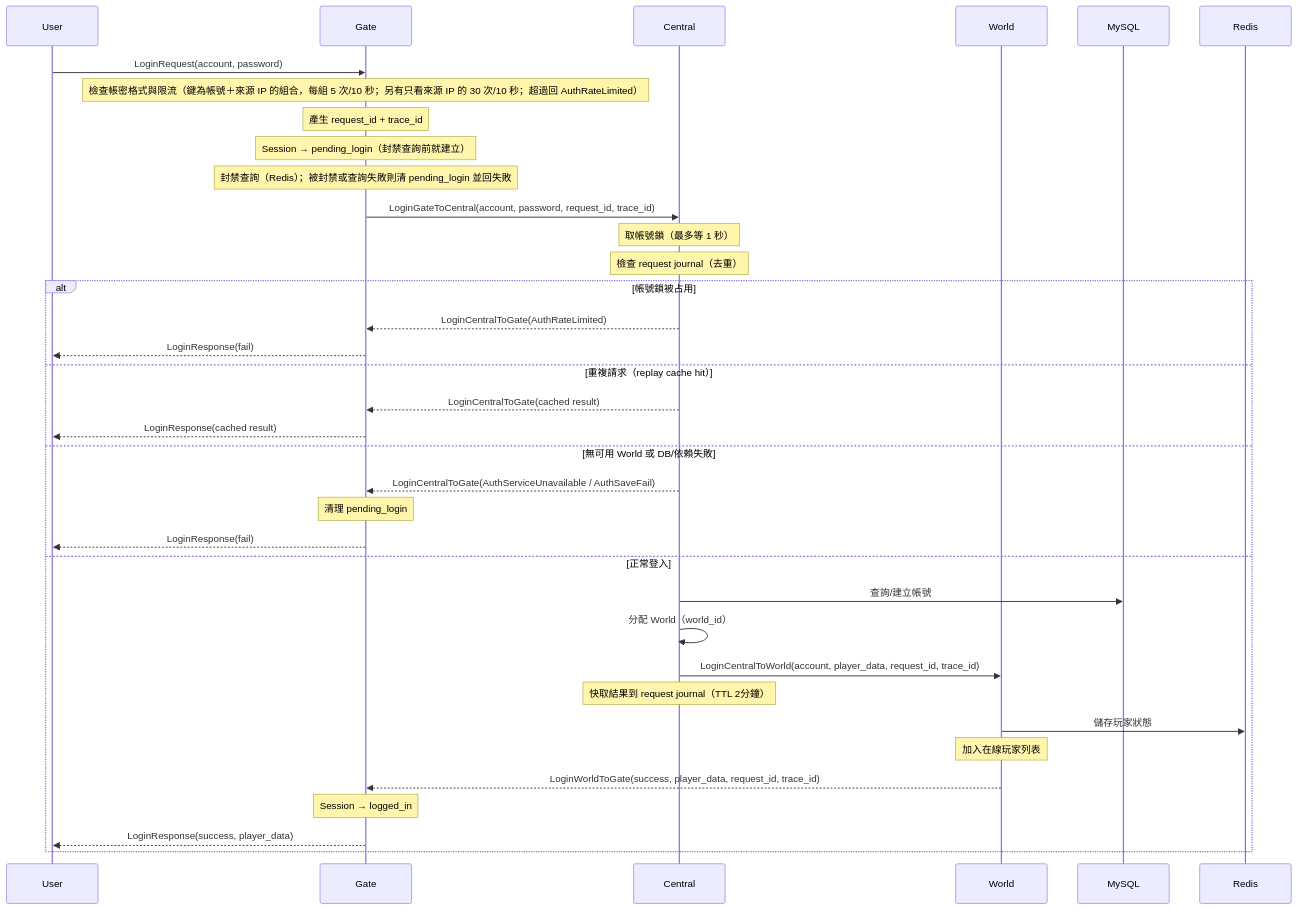
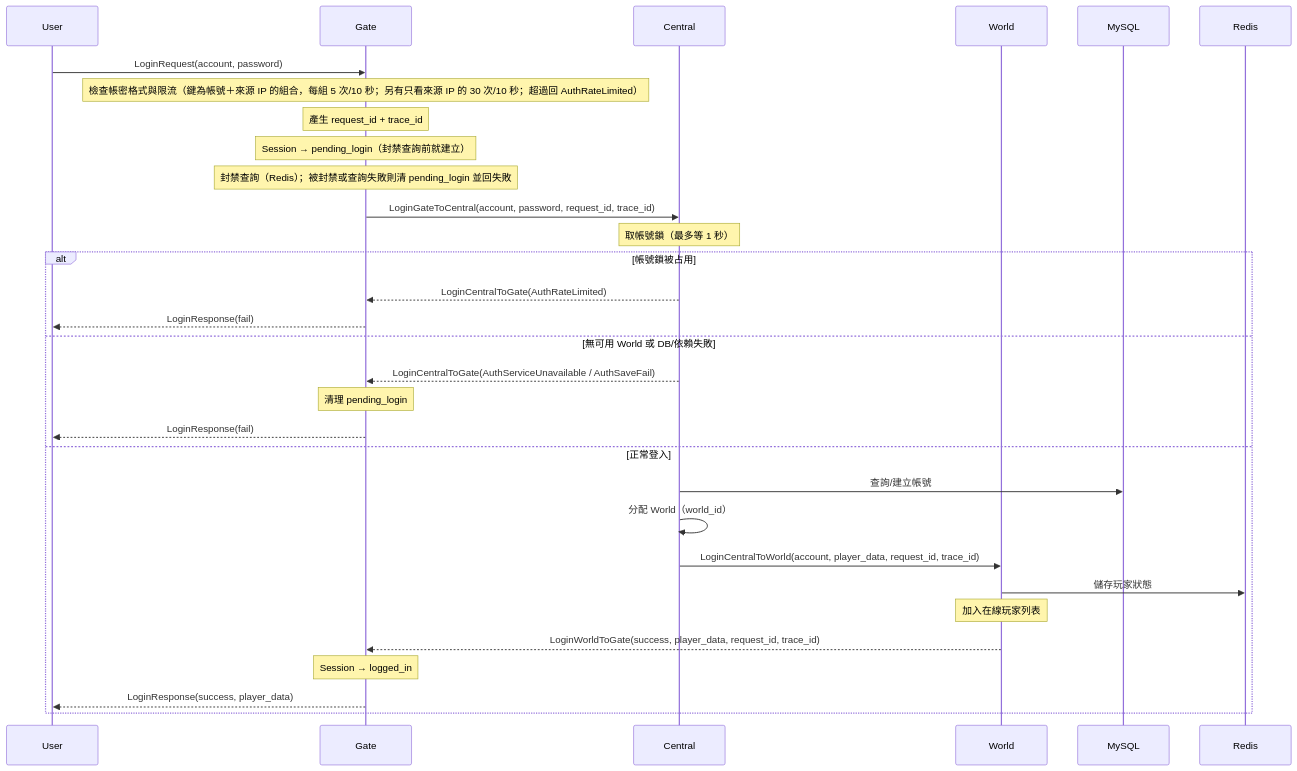
One commit to koebel0521/docs changed the first of 7 diagrams in 10-核心流程/時序圖.md. Above: the diagram before and after it, drawn with Mermaid. The commit also changed other lines of this file and 18 other files, not shown here.

First line of the commit message:
docs: 登入登出 journal 與回放、Gate 恢復驗證 journal 與 ServiceUnavailable 語意已刪

````diff
--- a/10-核心流程/時序圖.md
+++ b/10-核心流程/時序圖.md
@@ -10,44 +10,39 @@
 ```mermaid
 sequenceDiagram
     participant U as User
     participant G as Gate
     participant C as Central
     participant W as World
     participant DB as MySQL
     participant R as Redis
 
     U->>G: LoginRequest(account, password)
     Note over G: 檢查帳密格式與限流（鍵為帳號＋來源 IP 的組合，每組 5 次/10 秒；另有只看來源 IP 的 30 次/10 秒；超過回 AuthRateLimited）
     Note over G: 產生 request_id + trace_id
     Note over G: Session → pending_login（封禁查詢前就建立）
     Note over G: 封禁查詢（Redis）；被封禁或查詢失敗則清 pending_login 並回失敗
 
     G->>C: LoginGateToCentral(account, password, request_id, trace_id)
 
     Note over C: 取帳號鎖（最多等 1 秒）
-    Note over C: 檢查 request journal（去重）
 
     alt 帳號鎖被占用
         C-->>G: LoginCentralToGate(AuthRateLimited)
         G-->>U: LoginResponse(fail)
-    else 重複請求（replay cache hit）
-        C-->>G: LoginCentralToGate(cached result)
-        G-->>U: LoginResponse(cached result)
     else 無可用 World 或 DB/依賴失敗
         C-->>G: LoginCentralToGate(AuthServiceUnavailable / AuthSaveFail)
         Note over G: 清理 pending_login
         G-->>U: LoginResponse(fail)
     else 正常登入
         C->>DB: 查詢/建立帳號
         C->>C: 分配 World（world_id）
         C->>W: LoginCentralToWorld(account, player_data, request_id, trace_id)
-        Note over C: 快取結果到 request journal（TTL 2分鐘）
 
         W->>R: 儲存玩家狀態
         Note over W: 加入在線玩家列表
         W-->>G: LoginWorldToGate(success, player_data, request_id, trace_id)
 
         Note over G: Session → logged_in
         G-->>U: LoginResponse(success, player_data)
     end
 ```
````
